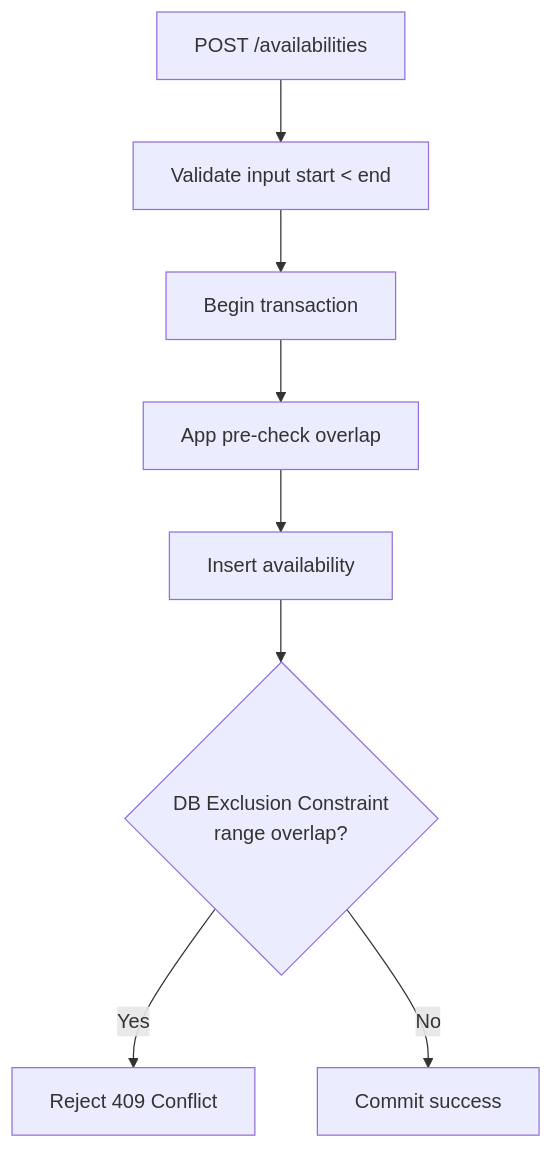
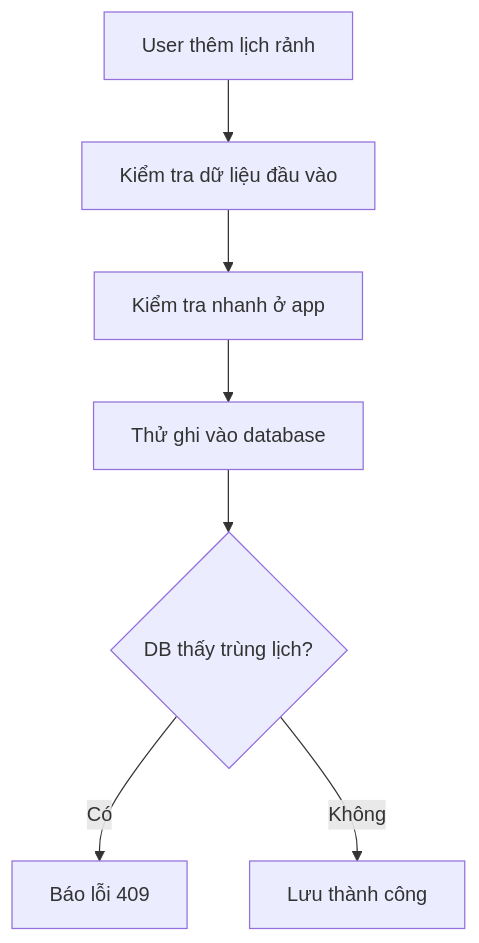
Before and after one commit to panadolextra91/dating-app-mvp: the second of 5 diagrams in ENHANCE.md, drawn with Mermaid. The commit also changed other lines of this file, not shown here.

````diff
--- a/ENHANCE.md
+++ b/ENHANCE.md
@@ -99,10 +82,9 @@
 ```mermaid
 flowchart TD
-    A[POST /availabilities] --> B[Validate input start < end]
-    B --> C[Begin transaction]
-    C --> D[App pre-check overlap]
-    D --> E[Insert availability]
-    E --> F{DB Exclusion Constraint\nrange overlap?}
-    F -->|Yes| G[Reject 409 Conflict]
-    F -->|No| H[Commit success]
+    A[User thêm lịch rảnh] --> B[Kiểm tra dữ liệu đầu vào]
+    B --> C[Kiểm tra nhanh ở app]
+    C --> D[Thử ghi vào database]
+    D --> E{DB thấy trùng lịch?}
+    E -->|Có| F[Báo lỗi 409]
+    E -->|Không| G[Lưu thành công]
 ```
````
